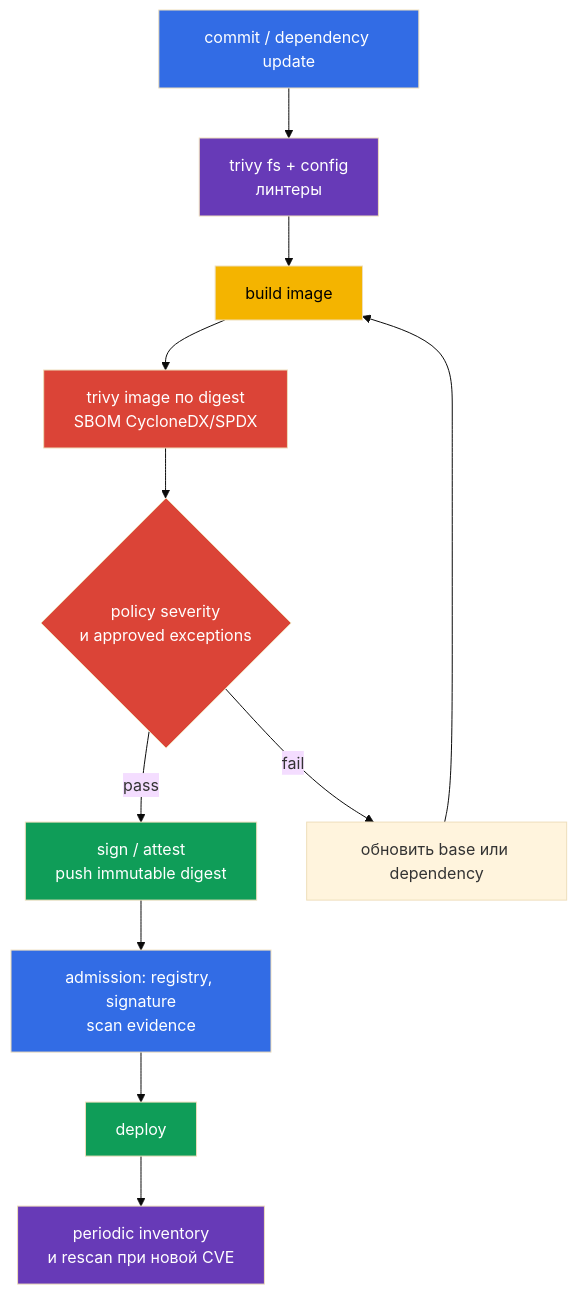
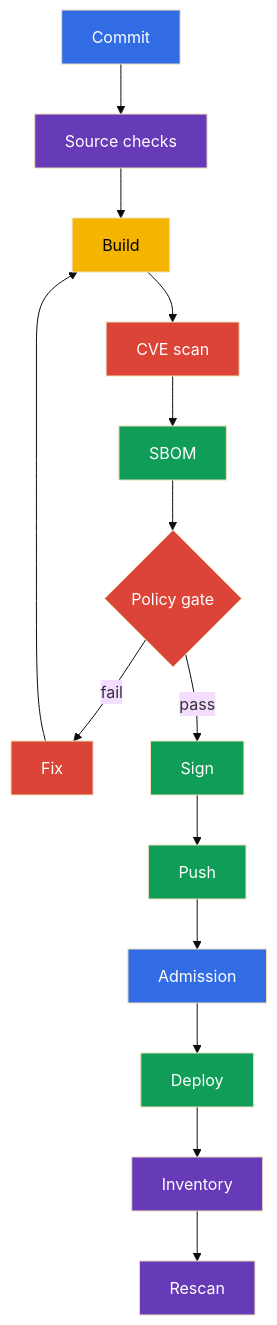
Before and after one commit to ViktorUJ/cks: the second of 2 diagrams in tasks/cks/course/28/ru.md, drawn with Mermaid (base theme). The commit also changed other lines of this file and 19 other files, not shown here.

````diff
--- a/tasks/cks/course/28/ru.md
+++ b/tasks/cks/course/28/ru.md
@@ -321,22 +317,29 @@
 ```mermaid
 flowchart TB
-    commit["commit / dependency update"] --> source["trivy fs + config<br/>линтеры"]
-    source --> build["build image"]
-    build --> scan["trivy image по digest<br/>SBOM CycloneDX/SPDX"]
-    scan --> gate{"policy severity<br/>и approved exceptions"}
-    gate -->|"pass"| sign["sign / attest<br/>push immutable digest"]
-    gate -->|"fail"| fix["обновить base или dependency"]
+    commit["Commit"] --> source["Source checks"]
+    source --> build["Build"]
+    build --> scan["CVE scan"]
+    scan --> sbom["SBOM"]
+    sbom --> gate{"Policy gate"}
+    gate -->|"fail"| fix["Fix"]
     fix --> build
-    sign --> admission["admission: registry, signature<br/>scan evidence"]
-    admission --> deploy["deploy"]
-    deploy --> rescan["periodic inventory<br/>и rescan при новой CVE"]
+    gate -->|"pass"| sign["Sign"]
+    sign --> push["Push"]
+    push --> admission["Admission"]
+    admission --> deploy["Deploy"]
+    deploy --> inventory["Inventory"]
+    inventory --> rescan["Rescan"]
     style commit fill:#326ce5,color:#fff
     style source fill:#673ab7,color:#fff
     style build fill:#f4b400,color:#000
     style scan fill:#db4437,color:#fff
+    style sbom fill:#0f9d58,color:#fff
     style gate fill:#db4437,color:#fff
+    style fix fill:#db4437,color:#fff
     style sign fill:#0f9d58,color:#fff
+    style push fill:#0f9d58,color:#fff
     style admission fill:#326ce5,color:#fff
     style deploy fill:#0f9d58,color:#fff
+    style inventory fill:#673ab7,color:#fff
     style rescan fill:#673ab7,color:#fff
 ```
````
